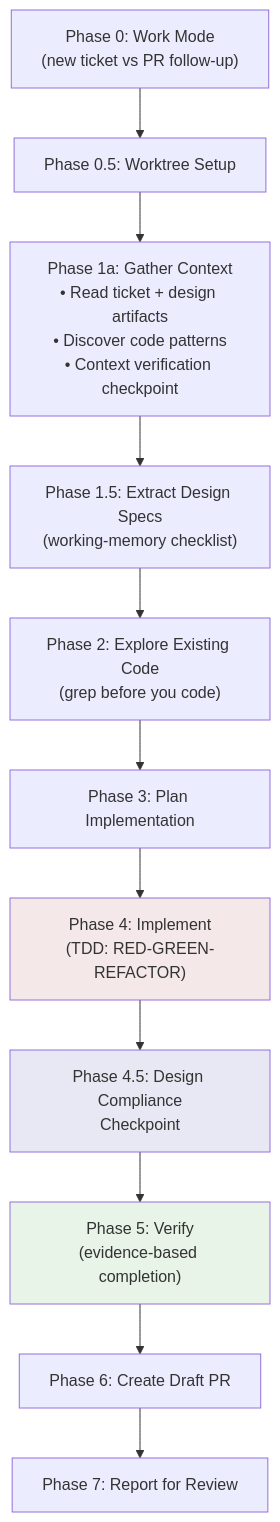
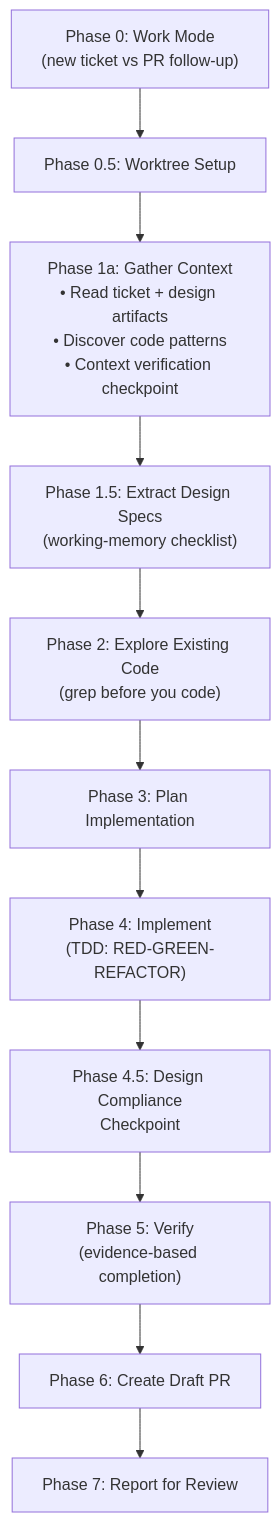
The second of 6 diagrams in docs/implementation-workflow.md (flox/forge-plugin), drawn with Mermaid before and after one commit. The commit also changed other lines of this file and 3 other files, not shown here.

First line of the commit message:
fix(docs): replace background fills with distinct shapes in mermaid diagrams

````diff
--- a/docs/implementation-workflow.md
+++ b/docs/implementation-workflow.md
@@ -45,22 +43,18 @@
 ```mermaid
 flowchart TB
     P0["Phase 0: Work Mode<br/>(new ticket vs PR follow-up)"]
     P05["Phase 0.5: Worktree Setup"]
     P1["Phase 1a: Gather Context<br/>• Read ticket + design artifacts<br/>• Discover code patterns<br/>• Context verification checkpoint"]
     P15["Phase 1.5: Extract Design Specs<br/>(working-memory checklist)"]
     P2["Phase 2: Explore Existing Code<br/>(grep before you code)"]
     P3["Phase 3: Plan Implementation"]
 
     P4["Phase 4: Implement<br/>(TDD: RED-GREEN-REFACTOR)"]
     P45["Phase 4.5: Design Compliance<br/>Checkpoint"]
     P5["Phase 5: Verify<br/>(evidence-based completion)"]
     P6["Phase 6: Create Draft PR"]
     P7["Phase 7: Report for Review"]
 
     P0 --> P05 --> P1 --> P15 --> P2 --> P3
     P3 --> P4 --> P45 --> P5 --> P6 --> P7
-
-    style P4 fill:#f4e8e8
-    style P45 fill:#e8e8f4
-    style P5 fill:#e8f4e8
 ```
````
